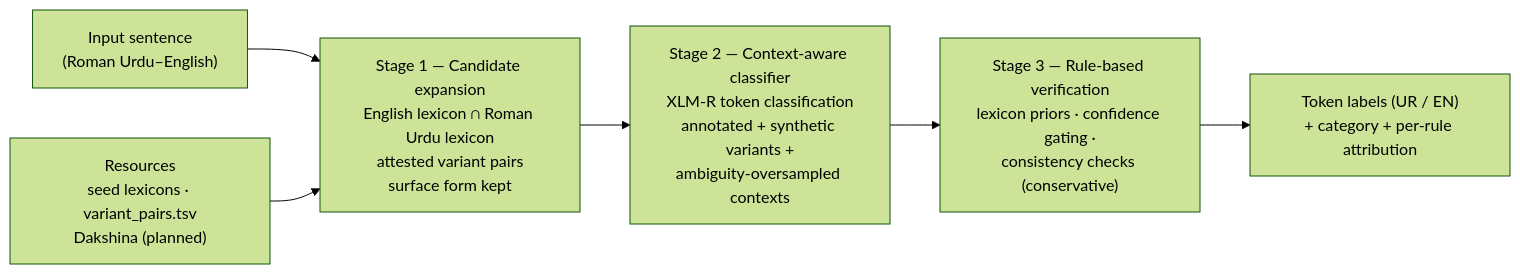
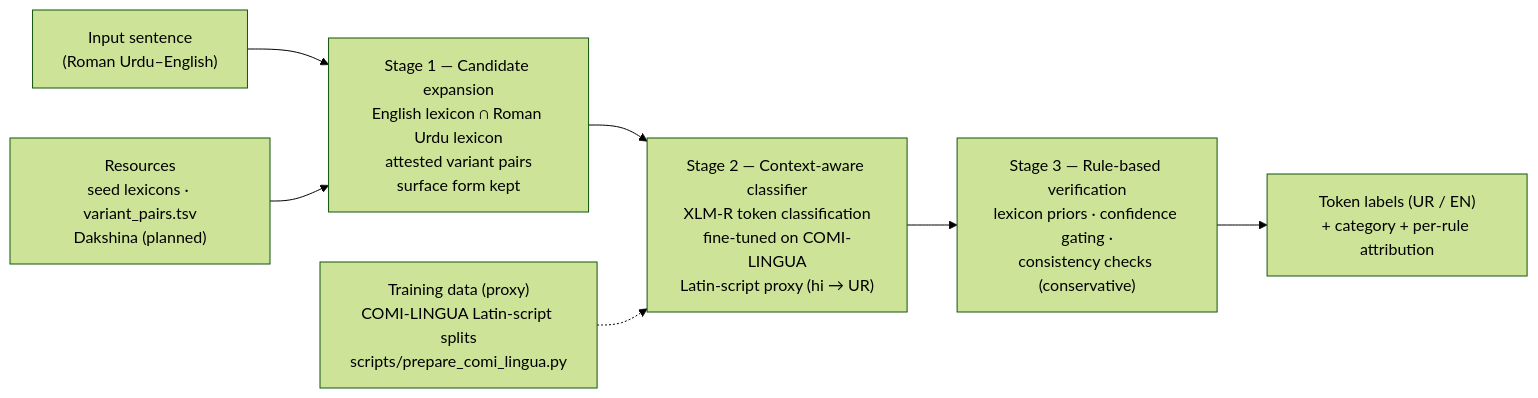
One commit to Mughal-Hash-24/RU-EN-LID changed the diagram in README.md. Above: the diagram before and after it, drawn with Mermaid (forest theme). The commit also changed other lines of this file and 1 other file, not shown here.

First line of the commit message:
Iteration 1: update README and methodology-to-code mapping for the trained Stage 2

````diff
--- a/README.md
+++ b/README.md
@@ -38,9 +40,10 @@
 ```mermaid
 flowchart LR
     A["Input sentence<br/>(Roman Urdu–English)"] --> B["Stage 1 — Candidate expansion<br/>English lexicon ∩ Roman Urdu lexicon<br/>attested variant pairs<br/>surface form kept"]
-    B --> C["Stage 2 — Context-aware classifier<br/>XLM-R token classification<br/>annotated + synthetic variants +<br/>ambiguity-oversampled contexts"]
+    B --> C["Stage 2 — Context-aware classifier<br/>XLM-R token classification<br/>fine-tuned on COMI-LINGUA<br/>Latin-script proxy (hi → UR)"]
     C --> D["Stage 3 — Rule-based verification<br/>lexicon priors · confidence gating ·<br/>consistency checks (conservative)"]
     D --> E["Token labels (UR / EN)<br/>+ category + per-rule attribution"]
 
     R["Resources<br/>seed lexicons · variant_pairs.tsv<br/>Dakshina (planned)"] --> B
+    T["Training data (proxy)<br/>COMI-LINGUA Latin-script splits<br/>scripts/prepare_comi_lingua.py"] -.-> C
 ```
````
